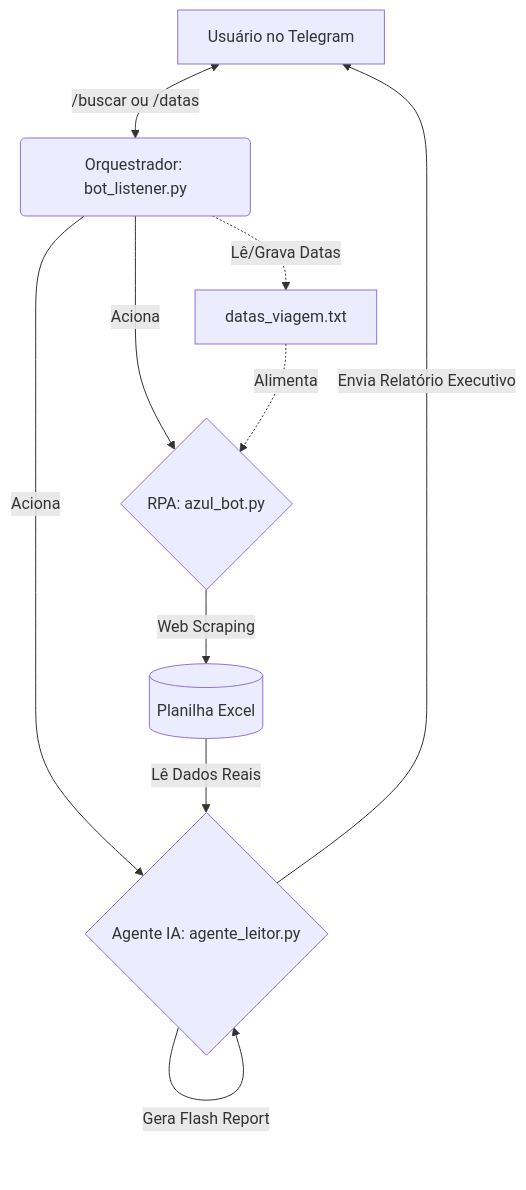
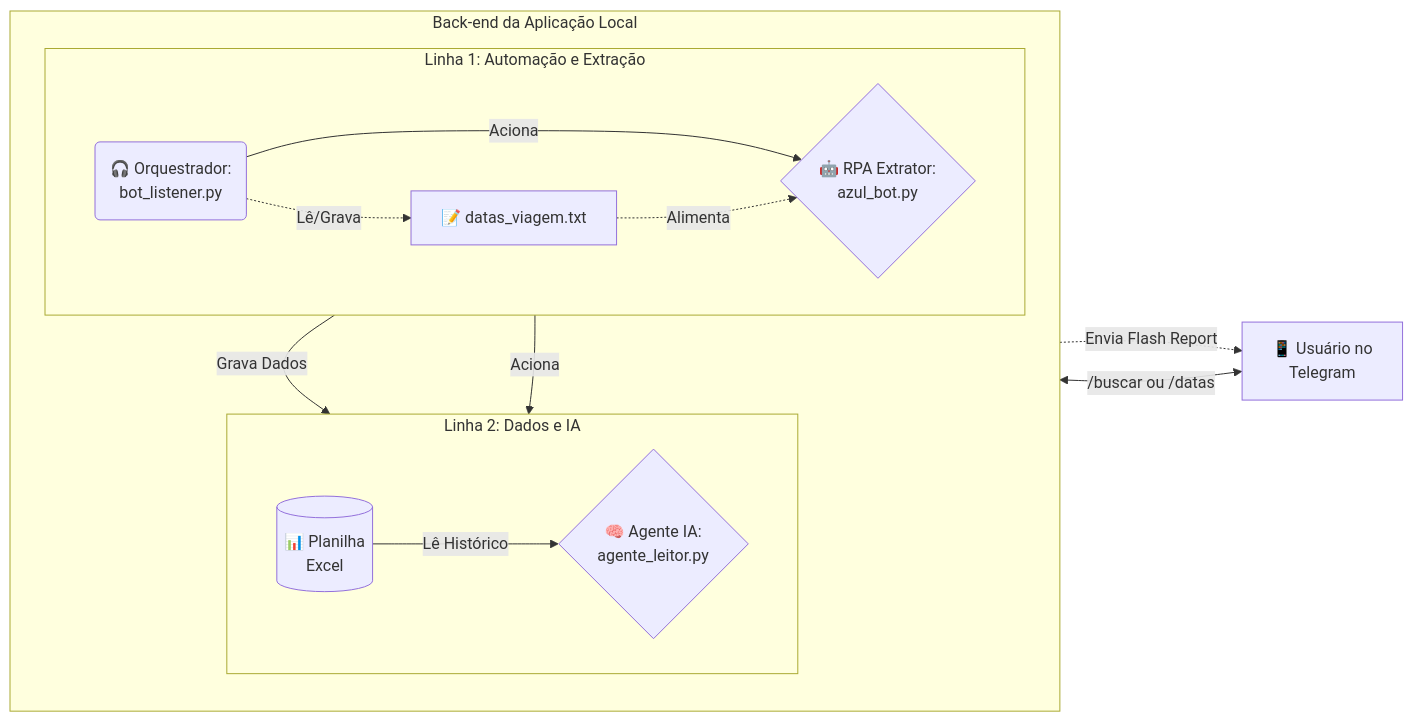
One commit to junior-honorato/flight-fares-rpa-bot changed the diagram in README.md. Above: the diagram before and after it, drawn with Mermaid.

````diff
--- a/README.md
+++ b/README.md
@@ -9,12 +9,29 @@
 ```mermaid
-graph TD
-    A[Usuário no Telegram] <-->|/buscar ou /datas| B(Orquestrador: bot_listener.py)
-    B -->|Aciona| C{RPA: azul_bot.py}
-    B -.->|Lê/Grava Datas| F[datas_viagem.txt]
-    F -.->|Alimenta| C
-    C -->|Web Scraping| D[(Planilha Excel)]
-    B -->|Aciona| E{Agente IA: agente_leitor.py}
-    D -->|Lê Dados Reais| E
-    E -->|Gera Flash Report| E
-    E -->|Envia Relatório Executivo| A
+flowchart LR
+    A[📱 Usuário no<br>Telegram]
+
+    subgraph Backend [Back-end da Aplicação Local]
+        direction TB
+        
+        subgraph L1 [Linha 1: Automação e Extração]
+            direction LR
+            B(🎧 Orquestrador:<br>bot_listener.py) -.->|Lê/Grava| F[📝 datas_viagem.txt]
+            B -->|Aciona| C{🤖 RPA Extrator:<br>azul_bot.py}
+            F -.->|Alimenta| C
+        end
+        
+        subgraph L2 [Linha 2: Dados e IA]
+            direction LR
+            D[(📊 Planilha<br>Excel)] -->|Lê Histórico| E{🧠 Agente IA:<br>agente_leitor.py}
+        end
+        
+        %% A MÁGICA ACONTECE AQUI: Elo invisível para forçar a L2 abaixo da L1
+        L1 ~~~ L2
+        
+        C -->|Grava Dados| D
+        B -->|Aciona| E
+    end
+
+    A <-->|/buscar ou /datas| B
+    E -.->|Envia Flash Report| A
 ```
````
